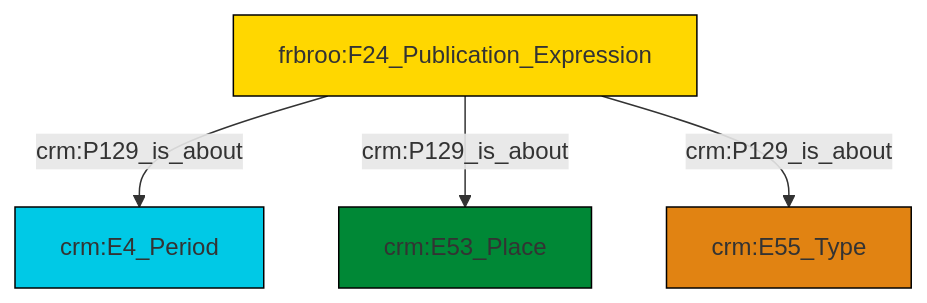
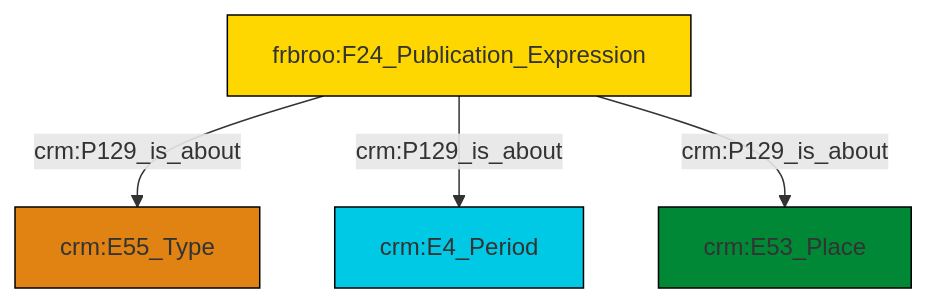
One commit to swiss-art-research-net/reference-data-models changed the diagram in et/biblioCSV/ttl/mmd/biblio_aboutness.ttl.mmd. Above: the diagram before and after it, drawn with Mermaid. The commit also changed 124 other files, not shown here.

```diff
--- a/et/biblioCSV/ttl/mmd/biblio_aboutness.ttl.mmd
+++ b/et/biblioCSV/ttl/mmd/biblio_aboutness.ttl.mmd
@@ -1,18 +1,18 @@
 graph TD
 classDef Literal fill:#f2f2f2,stroke:#000000;
 classDef CRM_Entity fill:#FFFFFF,stroke:#000000;
 classDef Temporal_Entity fill:#00C9E6, stroke:#000000;
 classDef Type fill:#E18312, stroke:#000000;
 classDef Time-Span fill:#2C9C91, stroke:#000000;
 classDef Appellation fill:#FFEB7F, stroke:#000000;
 classDef Place fill:#008836, stroke:#000000;
 classDef Persistent_Item fill:#B266B2, stroke:#000000;
 classDef Conceptual_Object fill:#FFD700, stroke:#000000;
 classDef Physical_Thing fill:#D2B48C, stroke:#000000;
 classDef Actor fill:#f58aad, stroke:#000000;
 classDef PC_Classes fill:#4ce600, stroke:#000000;
 classDef Multi fill:#cccccc,stroke:#000000;
 
-6["frbroo:F24_Publication_Expression"]:::Conceptual_Object -->|crm:P129_is_about| 2["crm:E4_Period"]:::Temporal_Entity
-6["frbroo:F24_Publication_Expression"]:::Conceptual_Object -->|crm:P129_is_about| 4["crm:E53_Place"]:::Place
-6["frbroo:F24_Publication_Expression"]:::Conceptual_Object -->|crm:P129_is_about| 0["crm:E55_Type"]:::Type
+0["frbroo:F24_Publication_Expression"]:::Conceptual_Object -->|crm:P129_is_about| 1["crm:E55_Type"]:::Type
+0["frbroo:F24_Publication_Expression"]:::Conceptual_Object -->|crm:P129_is_about| 2["crm:E4_Period"]:::Temporal_Entity
+0["frbroo:F24_Publication_Expression"]:::Conceptual_Object -->|crm:P129_is_about| 4["crm:E53_Place"]:::Place
```
